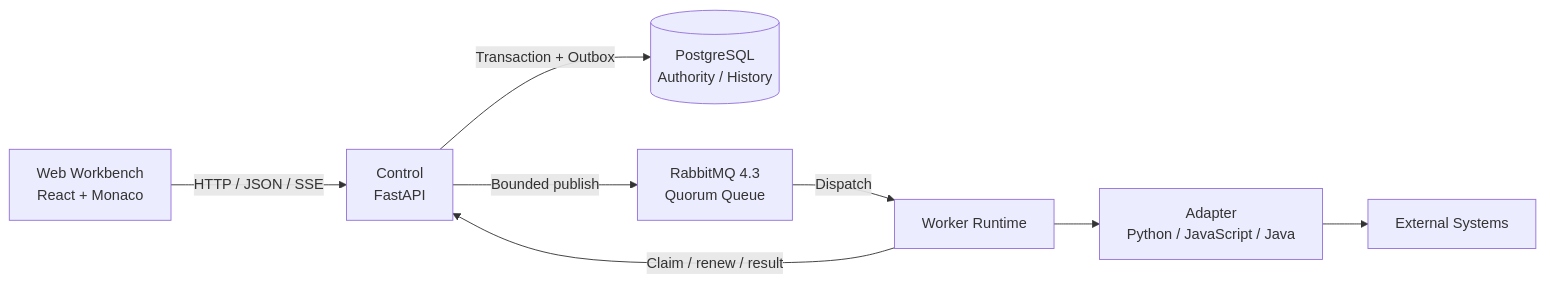
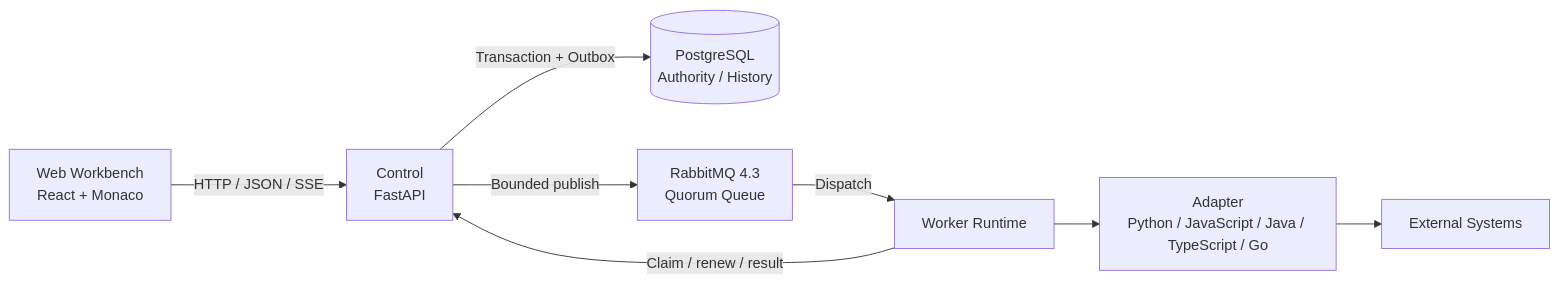
One commit to john-ops-lab/DataLinkRuntime changed the diagram in README.en.md. Above: the diagram before and after it, drawn with Mermaid. The commit also changed other lines of this file and 137 other files, not shown here.

Commit message:
feat: add TypeScript and Go adapter runtimes and templates

````diff
--- a/README.en.md
+++ b/README.en.md
@@ -352,10 +354,10 @@
 ```mermaid
 flowchart LR
     U["Web Workbench<br/>React + Monaco"] -->|"HTTP / JSON / SSE"| C["Control<br/>FastAPI"]
     C -->|"Transaction + Outbox"| P[("PostgreSQL<br/>Authority / History")]
     C -->|"Bounded publish"| Q["RabbitMQ 4.3<br/>Quorum Queue"]
     Q -->|"Dispatch"| W["Worker Runtime"]
     W -->|"Claim / renew / result"| C
-    W --> A["Adapter<br/>Python / JavaScript / Java"]
+    W --> A["Adapter<br/>Python / JavaScript / Java / TypeScript / Go"]
     A --> X["External Systems"]
 ```
````
